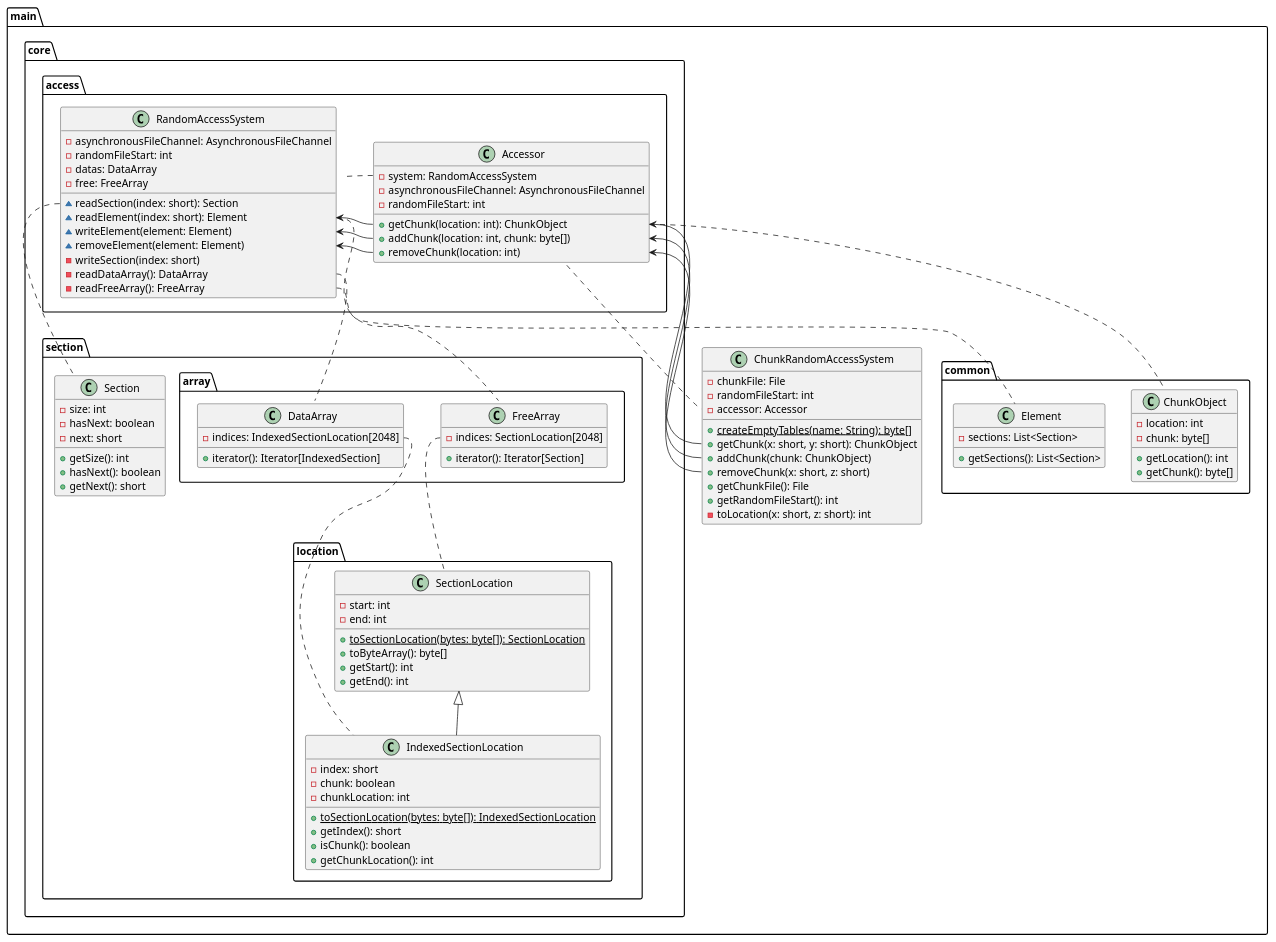
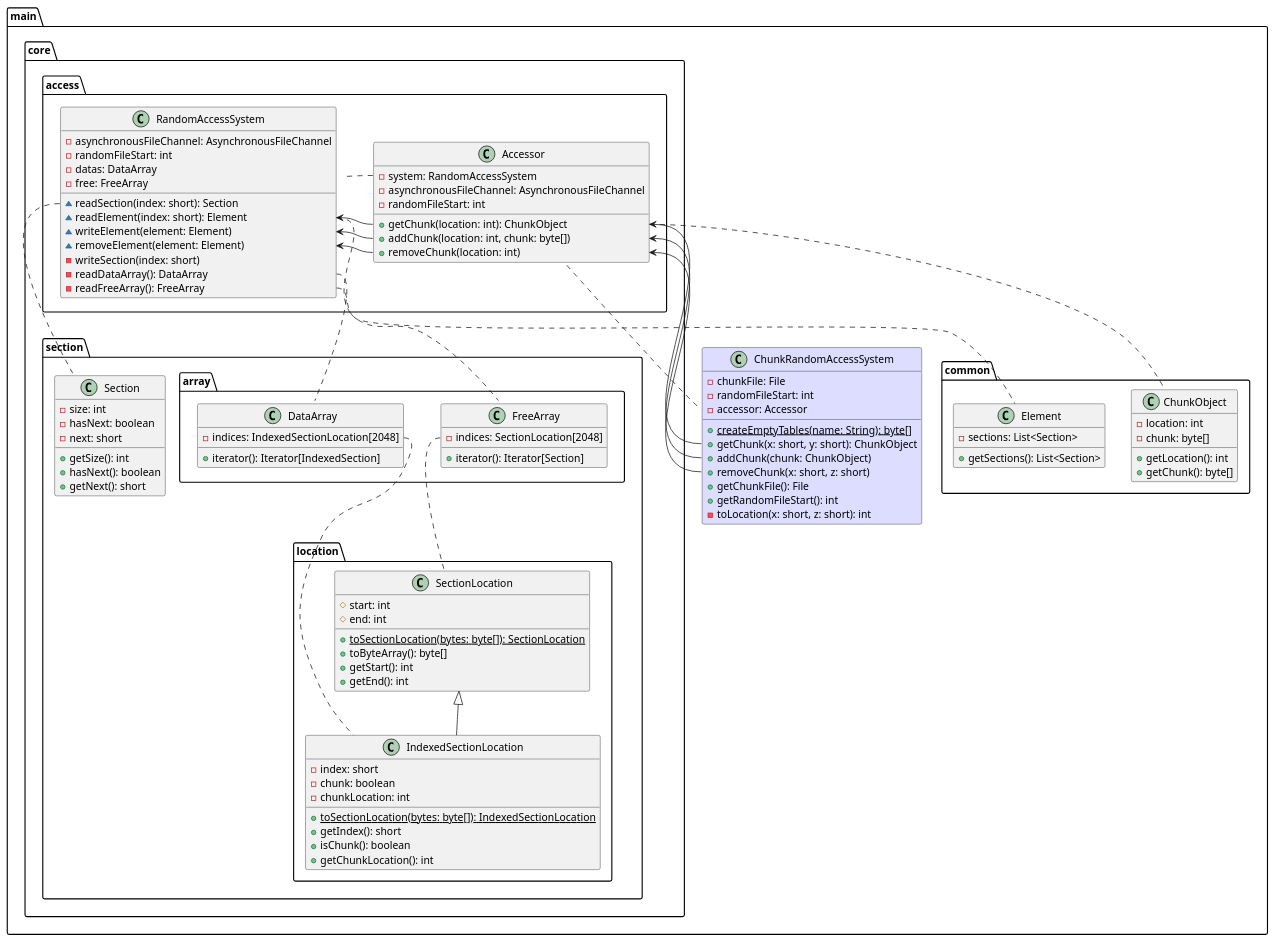
The diagram in ChunkRandomAccessSystem/uml/cras.puml (WarzouMc/SkyBlock), drawn with PlantUML before and after one commit.

Commit message:
uml change

```diff
--- a/ChunkRandomAccessSystem/uml/cras.puml
+++ b/ChunkRandomAccessSystem/uml/cras.puml
@@ -1,124 +1,124 @@
 @startuml
 
 package main {
     package common {
         class ChunkObject {
             -location: int
             -chunk: byte[]
 
             +getLocation(): int
             +getChunk(): byte[]
         }
 
         class Element {
             -sections: List<Section>
 
             +getSections(): List<Section>
         }
     }
     package core {
         package section {
             package array {
                 class DataArray {
                     -indices: IndexedSectionLocation[2048]
 
                     +iterator(): Iterator[IndexedSection]
                 }
 
                 class FreeArray {
                     -indices: SectionLocation[2048]
 
                     +iterator(): Iterator[Section]
                 }
             }
             class Section {
                 -size: int
                 -hasNext: boolean
                 -next: short
 
                 +getSize(): int
                 +hasNext(): boolean
                 +getNext(): short
             }
             package location {
                 class SectionLocation {
-                    -start: int
-                    -end: int
+                    #start: int
+                    #end: int
 
                     {static} +toSectionLocation(bytes: byte[]): SectionLocation
                     +toByteArray(): byte[]
                     +getStart(): int
                     +getEnd(): int
                 }
 
                 class IndexedSectionLocation {
                     -index: short
                     -chunk: boolean
                     -chunkLocation: int
 
                     {static} +toSectionLocation(bytes: byte[]): IndexedSectionLocation
                     +getIndex(): short
                     +isChunk(): boolean
                     +getChunkLocation(): int
                 }
 
                 IndexedSectionLocation -up-|> SectionLocation
             }
             FreeArray::indices .down. SectionLocation
             DataArray::indices .down. IndexedSectionLocation
         }
         package access {
             class RandomAccessSystem {
                 -asynchronousFileChannel: AsynchronousFileChannel
                 -randomFileStart: int
                 -datas: DataArray
                 -free: FreeArray
 
                 ~readSection(index: short): Section
                 ~readElement(index: short): Element
                 ~writeElement(element: Element)
                 ~removeElement(element: Element)
                 -writeSection(index: short)
                 -readDataArray(): DataArray
                 -readFreeArray(): FreeArray
             }
             class Accessor {
                 -system: RandomAccessSystem
                 -asynchronousFileChannel: AsynchronousFileChannel
                 -randomFileStart: int
 
                 +getChunk(location: int): ChunkObject
                 +addChunk(location: int, chunk: byte[])
                 +removeChunk(location: int)
             }
             Accessor::getChunk .. ChunkObject
             Accessor::getChunk --> RandomAccessSystem::readElement
             Accessor::system .. RandomAccessSystem
             Accessor::removeChunk -> RandomAccessSystem::removeElement
             Accessor::addChunk -> RandomAccessSystem::writeElement
             RandomAccessSystem::readSection .. Section
             RandomAccessSystem::readElement .. Element
             RandomAccessSystem::readDataArray .. DataArray
             RandomAccessSystem::readFreeArray .. FreeArray
         }
     }
-    class ChunkRandomAccessSystem {
+    class ChunkRandomAccessSystem #DDDDFF {
         -chunkFile: File
         -randomFileStart: int
         -accessor: Accessor
 
         {static} +createEmptyTables(name: String): byte[]
         +getChunk(x: short, y: short): ChunkObject
         +addChunk(chunk: ChunkObject)
         +removeChunk(x: short, z: short)
         +getChunkFile(): File
         +getRandomFileStart(): int
         -toLocation(x: short, z: short): int
     }
 
     ChunkRandomAccessSystem::accessor .up. Accessor
     ChunkRandomAccessSystem::getChunk -up-> Accessor::getChunk
     ChunkRandomAccessSystem::addChunk --> Accessor::addChunk
     ChunkRandomAccessSystem::removeChunk --> Accessor::removeChunk
 }
 @enduml
```
